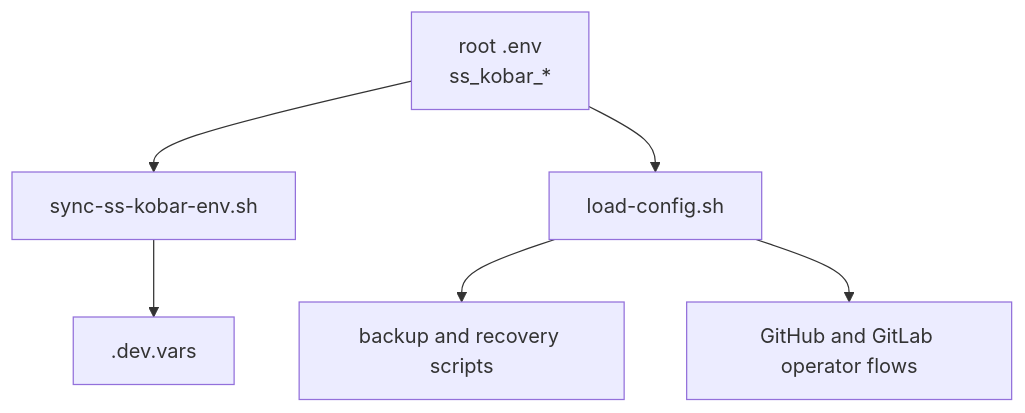
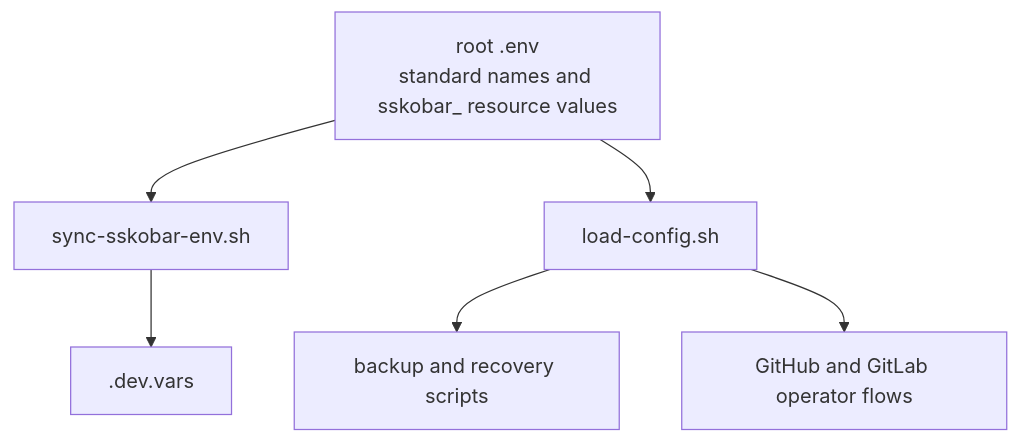
The diagram in scripts/backup/README.md (ahliweb/satusehatkobar), drawn with Mermaid before and after one commit. The commit also changed other lines of this file and 12 other files, not shown here.

````diff
--- a/scripts/backup/README.md
+++ b/scripts/backup/README.md
@@ -211,8 +211,8 @@
 ```mermaid
 flowchart TD
-    A[root .env\nss_kobar_*] --> B[sync-ss-kobar-env.sh]
+    A[root .env\nstandard names and sskobar_ resource values] --> B[sync-sskobar-env.sh]
     A --> C[load-config.sh]
     B --> D[.dev.vars]
     C --> E[backup and recovery scripts]
     C --> F[GitHub and GitLab operator flows]
 ```
````
